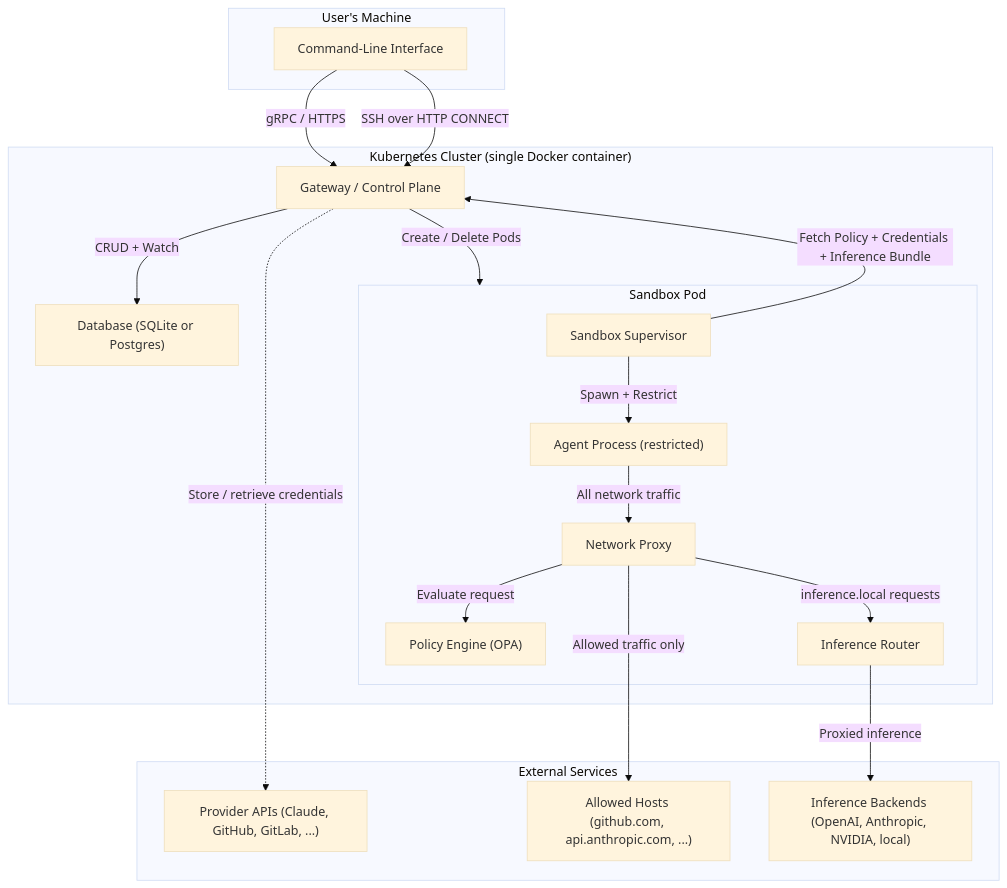
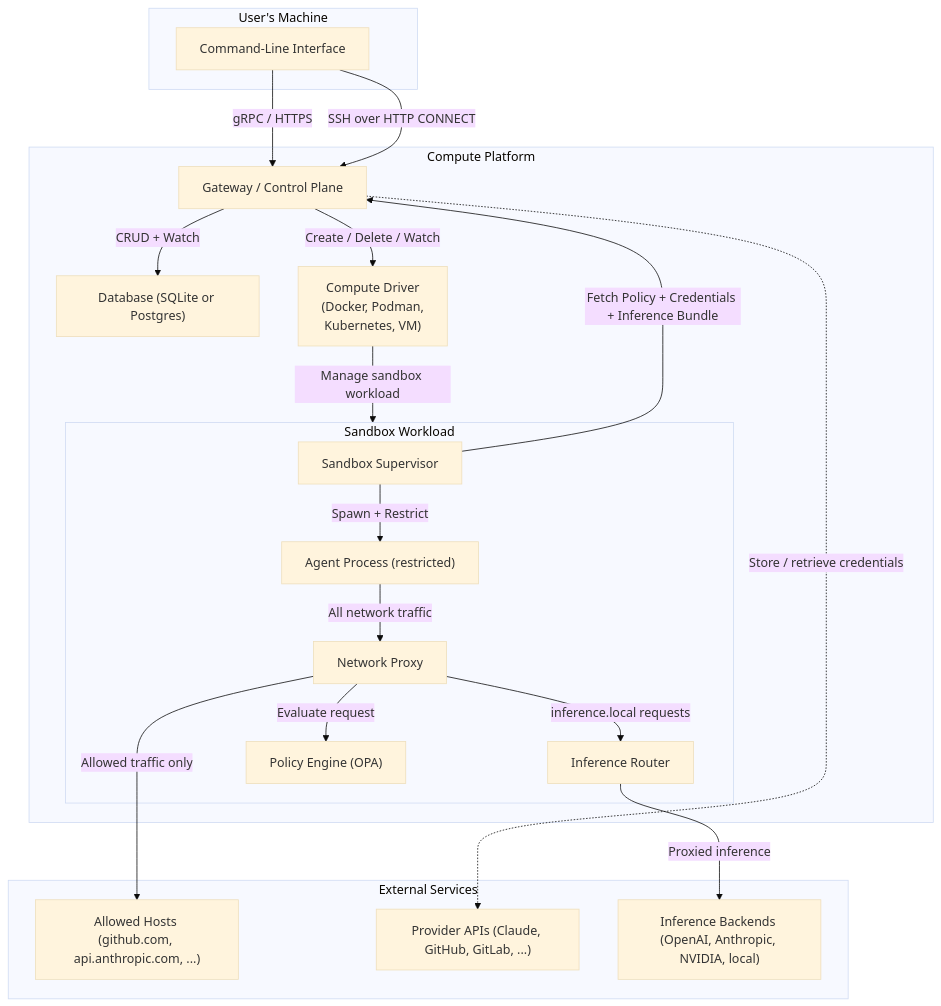
One commit to st-gr/OpenShell changed the diagram in architecture/README.md. Above: the diagram before and after it, drawn with Mermaid (base theme). The commit also changed other lines of this file and 41 other files, not shown here.

Commit message:
docs: update gateway deployment architecture (#1108)

````diff
--- a/architecture/README.md
+++ b/architecture/README.md
@@ -15,38 +15,40 @@
 ```mermaid
 flowchart TB
     subgraph USER["User's Machine"]
         CLI["Command-Line Interface"]
     end
 
-    subgraph CLUSTER["Kubernetes Cluster (single Docker container)"]
+    subgraph PLATFORM["Compute Platform"]
         SERVER["Gateway / Control Plane"]
         DB["Database (SQLite or Postgres)"]
+        DRIVER["Compute Driver<br/>(Docker, Podman,<br/>Kubernetes, VM)"]
 
-        subgraph SBX["Sandbox Pod"]
+        subgraph SBX["Sandbox Workload"]
             SUPERVISOR["Sandbox Supervisor"]
             PROXY["Network Proxy"]
             ROUTER["Inference Router"]
             CHILD["Agent Process (restricted)"]
             OPA["Policy Engine (OPA)"]
         end
     end
 
     subgraph EXT["External Services"]
         HOSTS["Allowed Hosts (github.com, api.anthropic.com, ...)"]
         CREDS["Provider APIs (Claude, GitHub, GitLab, ...)"]
         BACKEND["Inference Backends (OpenAI, Anthropic, NVIDIA, local)"]
     end
 
     CLI -- "gRPC / HTTPS" --> SERVER
     CLI -- "SSH over HTTP CONNECT" --> SERVER
     SERVER -- "CRUD + Watch" --> DB
-    SERVER -- "Create / Delete Pods" --> SBX
+    SERVER -- "Create / Delete / Watch" --> DRIVER
+    DRIVER -- "Manage sandbox workload" --> SBX
     SUPERVISOR -- "Fetch Policy + Credentials + Inference Bundle" --> SERVER
     SUPERVISOR -- "Spawn + Restrict" --> CHILD
     CHILD -- "All network traffic" --> PROXY
     PROXY -- "Evaluate request" --> OPA
     PROXY -- "Allowed traffic only" --> HOSTS
     PROXY -- "inference.local requests" --> ROUTER
     ROUTER -- "Proxied inference" --> BACKEND
     SERVER -. "Store / retrieve credentials" .-> CREDS
 ```
````
